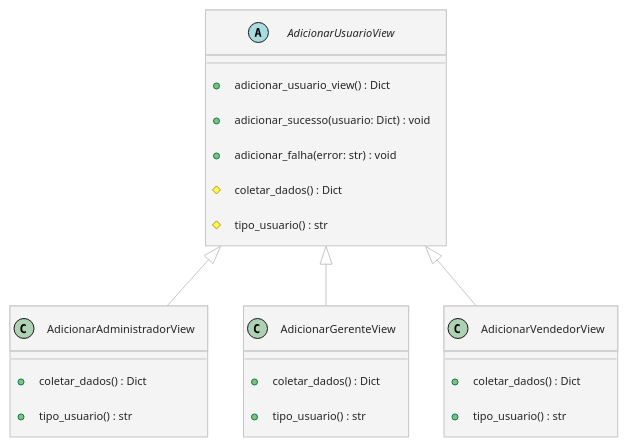
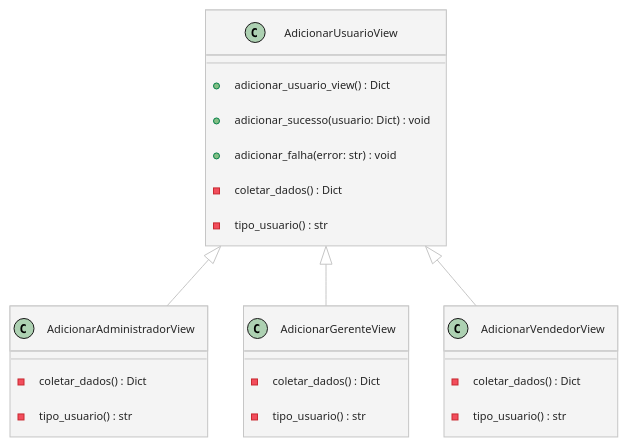
The diagram in Views/VIEW - Adicionar Usuário.md (viniciuscandeia/MPS_Obsidian), drawn with PlantUML before and after one commit. The commit also changed other lines of this file and 9 other files, not shown here.

````diff
--- a/Views/VIEW - Adicionar Usuário.md
+++ b/Views/VIEW - Adicionar Usuário.md
@@ -5,35 +5,35 @@
 ```plantuml
 
 @startuml
 !theme carbon-gray
 
-abstract class AdicionarUsuarioView {
-    +adicionar_usuario_view() : Dict
-    +adicionar_sucesso(usuario: Dict) : void
-    +adicionar_falha(error: str) : void
-    #coletar_dados() : Dict
-    #tipo_usuario() : str
+class AdicionarUsuarioView {
+    + adicionar_usuario_view() : Dict
+    + adicionar_sucesso(usuario: Dict) : void
+    + adicionar_falha(error: str) : void
+    - coletar_dados() : Dict
+    - tipo_usuario() : str
 }
 
 class AdicionarAdministradorView {
-    +coletar_dados() : Dict
-    +tipo_usuario() : str
+    - coletar_dados() : Dict
+    - tipo_usuario() : str
 }
 
 class AdicionarGerenteView {
-    +coletar_dados() : Dict
-    +tipo_usuario() : str
+    - coletar_dados() : Dict
+    - tipo_usuario() : str
 }
 
 class AdicionarVendedorView {
-    +coletar_dados() : Dict
-    +tipo_usuario() : str
+    - coletar_dados() : Dict
+    - tipo_usuario() : str
 }
 
 AdicionarUsuarioView <|-- AdicionarAdministradorView
 AdicionarUsuarioView <|-- AdicionarGerenteView
 AdicionarUsuarioView <|-- AdicionarVendedorView
 
 @enduml
 
 ```
````
